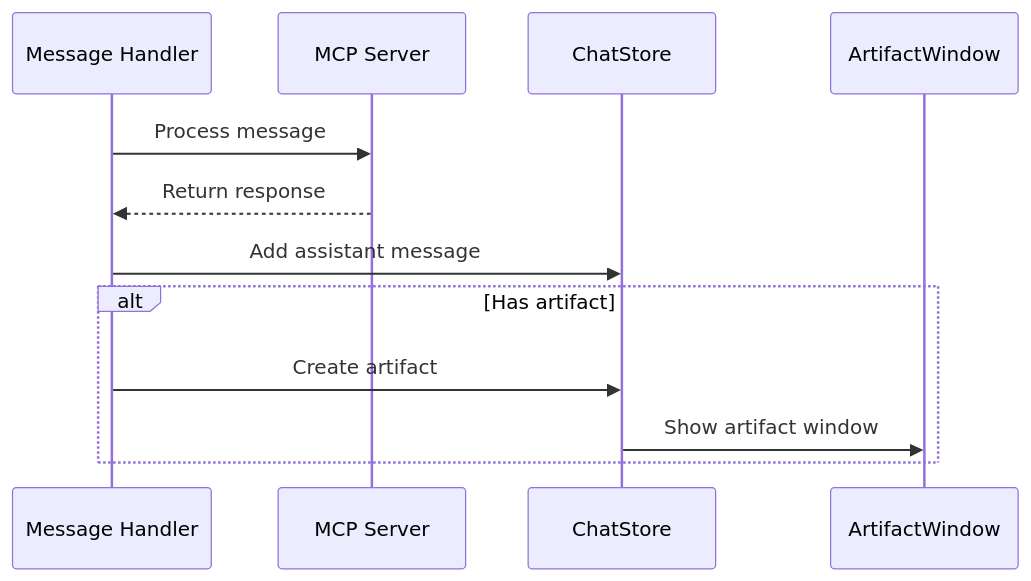
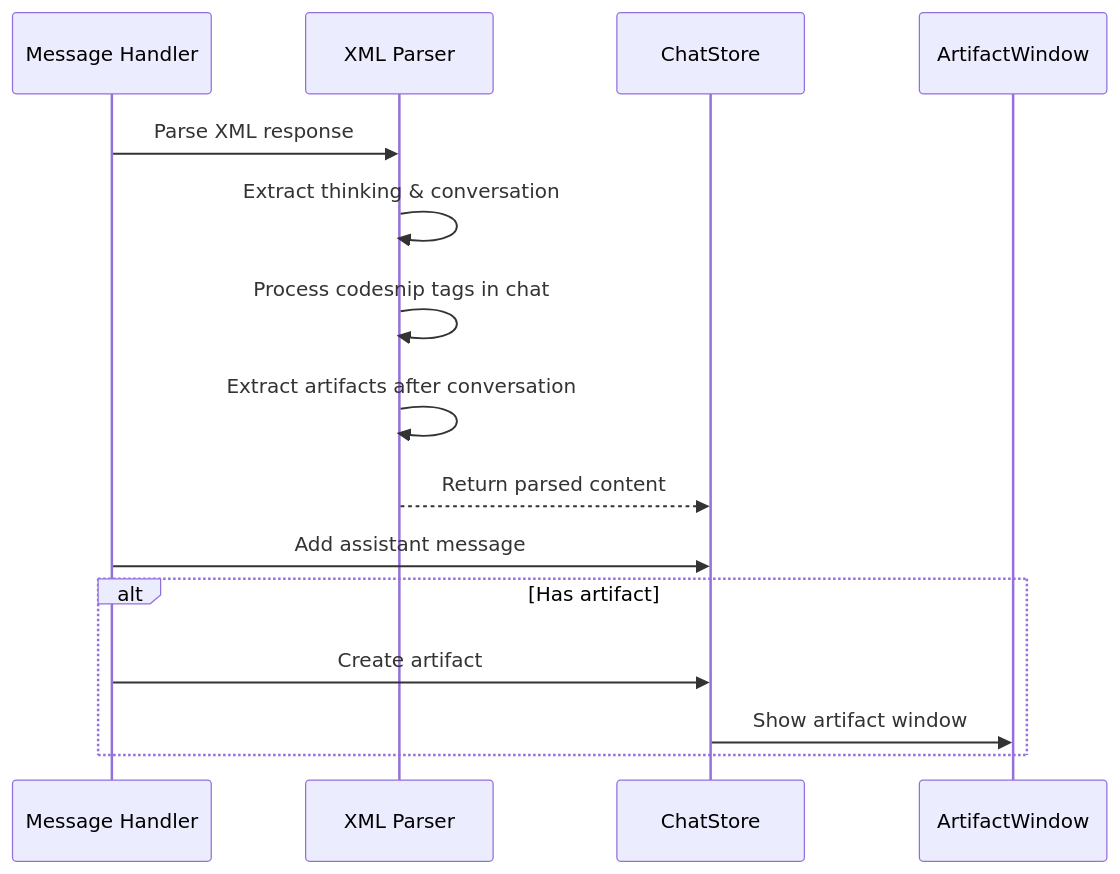
One commit to CHARM-BDF/charmgpt changed the second of 6 diagrams in README Dataflow.md. Above: the diagram before and after it, drawn with Mermaid. The commit also changed other lines of this file and 6 other files, not shown here.

First line of the commit message:
artifacts working and code returned in chat

````diff
--- a/README Dataflow.md
+++ b/README Dataflow.md
@@ -66,15 +66,18 @@
 ```mermaid
 sequenceDiagram
     participant MSG as Message Handler
-    participant MCP as MCP Server
+    participant XML as XML Parser
     participant Store as ChatStore
     participant Art as ArtifactWindow
     
-    MSG->>MCP: Process message
-    MCP-->>MSG: Return response
+    MSG->>XML: Parse XML response
+    XML->>XML: Extract thinking & conversation
+    XML->>XML: Process codesnip tags in chat
+    XML->>XML: Extract artifacts after conversation
+    XML-->>Store: Return parsed content
     MSG->>Store: Add assistant message
     alt Has artifact
         MSG->>Store: Create artifact
         Store->>Art: Show artifact window
     end
 ```
````
